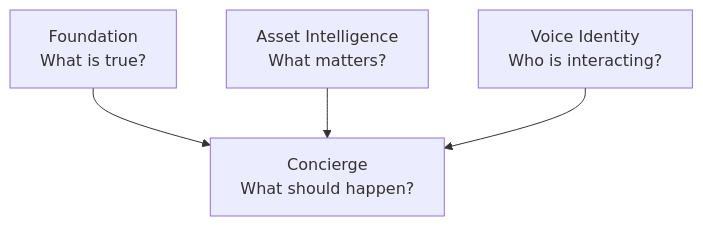
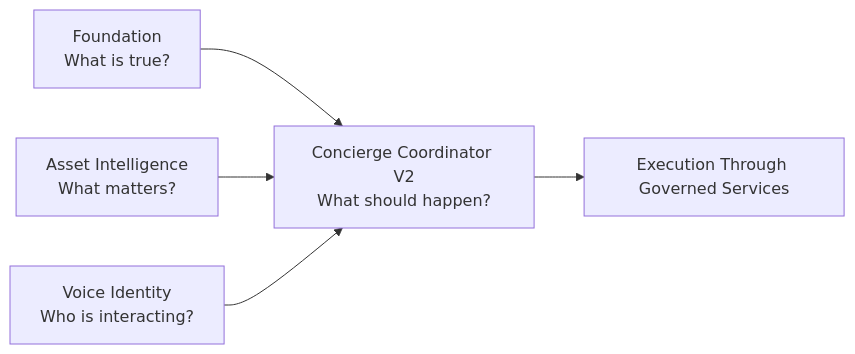
Before and after one commit to tom-tagmdl/homes_that_behave_well: the diagram in docs/architecture/canonical-architecture.md, drawn with Mermaid. The commit also changed other lines of this file and 64 other files, not shown here.

````diff
--- a/docs/architecture/canonical-architecture.md
+++ b/docs/architecture/canonical-architecture.md
@@ -41,11 +273,13 @@
 ```mermaid
-flowchart TD
+flowchart LR
   F[Foundation\nWhat is true?]
   A[Asset Intelligence\nWhat matters?]
   V[Voice Identity\nWho is interacting?]
-  C[Concierge\nWhat should happen?]
+  C[Concierge Coordinator V2\nWhat should happen?]
+  X[Execution Through Governed Services]
 
   F --> C
   A --> C
   V --> C
+  C --> X
 ```
````
